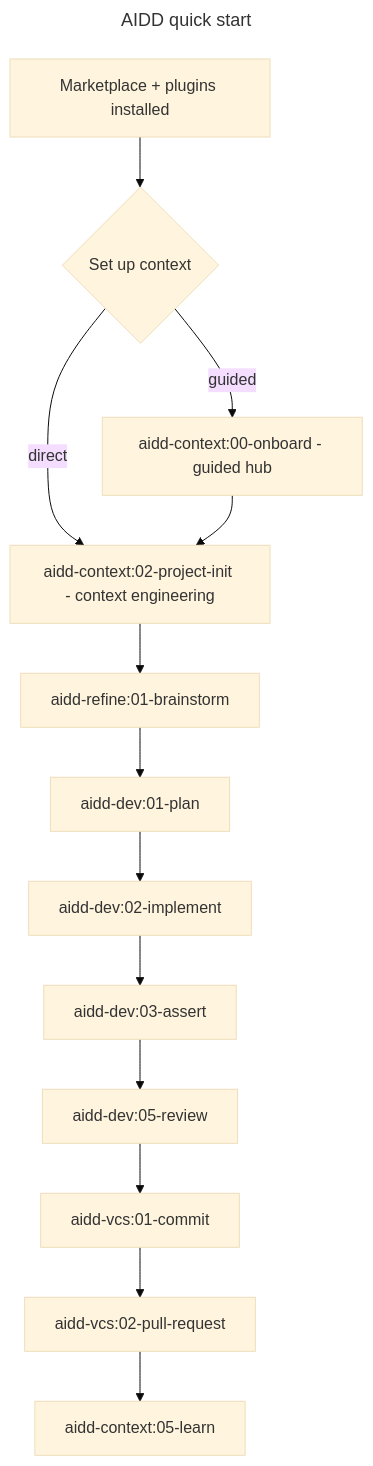
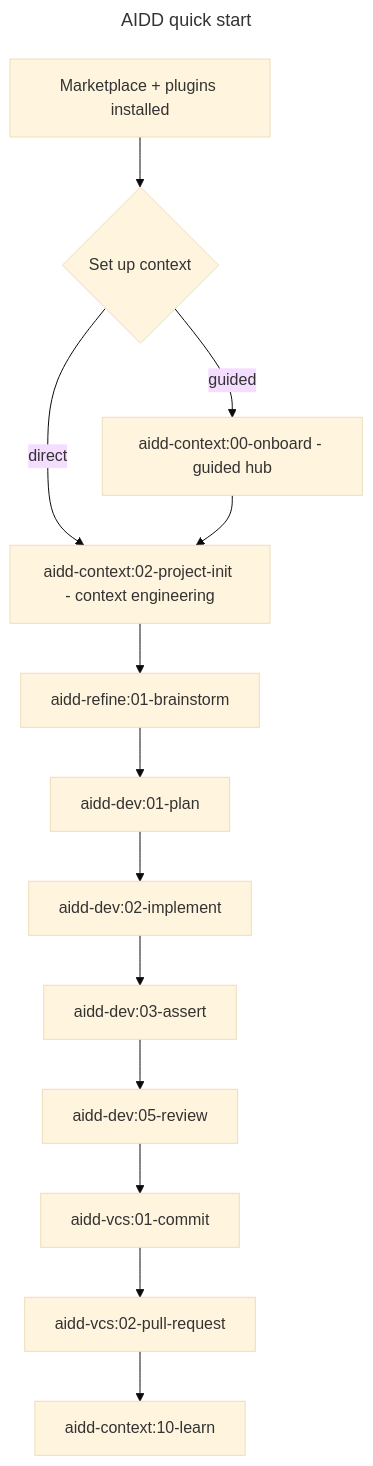
Before and after one commit to igounton/framework: the diagram in README.md, drawn with Mermaid (base theme). The commit also changed other lines of this file and 146 other files, not shown here.

First line of the commit message:
feat(aidd-context): per-artifact context generators (skill, rule, agent, command, hook) (#264)

````diff
--- a/README.md
+++ b/README.md
@@ -72,31 +72,31 @@
 ```mermaid
 ---
 title: AIDD quick start
 ---
 flowchart TD
     Install["Marketplace + plugins installed"]
     Setup{"Set up context"}
     Onboard["aidd-context:00-onboard - guided hub"]
     Init["aidd-context:02-project-init - context engineering"]
     Brainstorm["aidd-refine:01-brainstorm"]
     Plan["aidd-dev:01-plan"]
     Implement["aidd-dev:02-implement"]
     Assert["aidd-dev:03-assert"]
     Review["aidd-dev:05-review"]
     Commit["aidd-vcs:01-commit"]
     PR["aidd-vcs:02-pull-request"]
-    Learn["aidd-context:05-learn"]
+    Learn["aidd-context:10-learn"]
 
     Install --> Setup
     Setup -->|guided| Onboard
     Setup -->|direct| Init
     Onboard --> Init
     Init --> Brainstorm
     Brainstorm --> Plan
     Plan --> Implement
     Implement --> Assert
     Assert --> Review
     Review --> Commit
     Commit --> PR
     PR --> Learn
 ```
````
